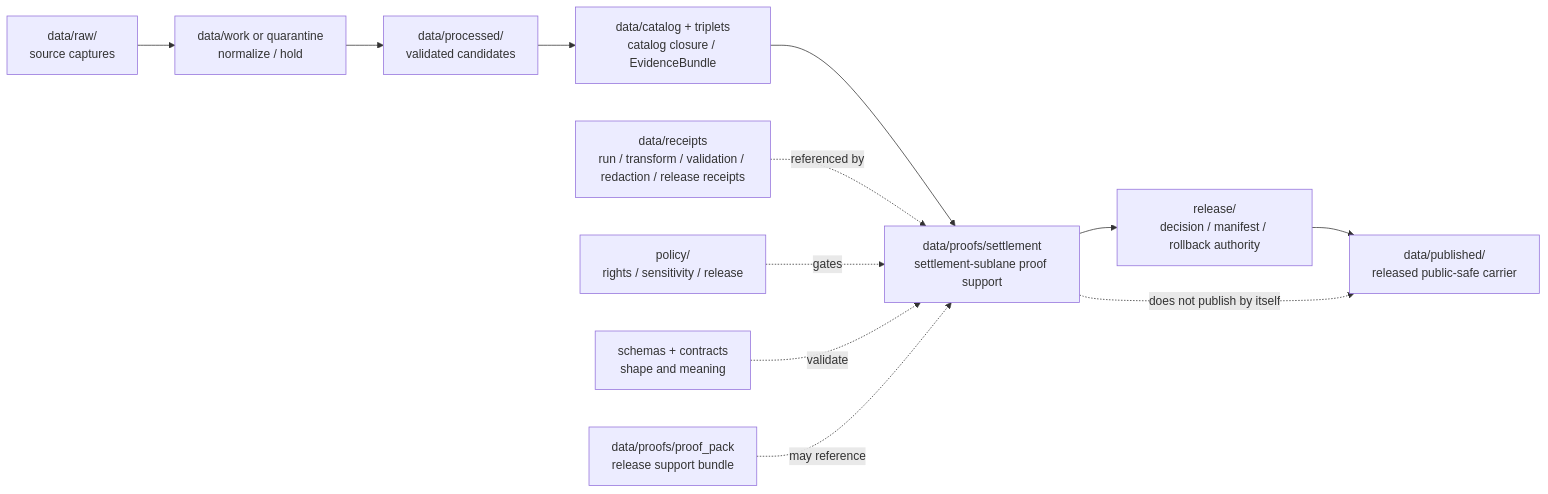
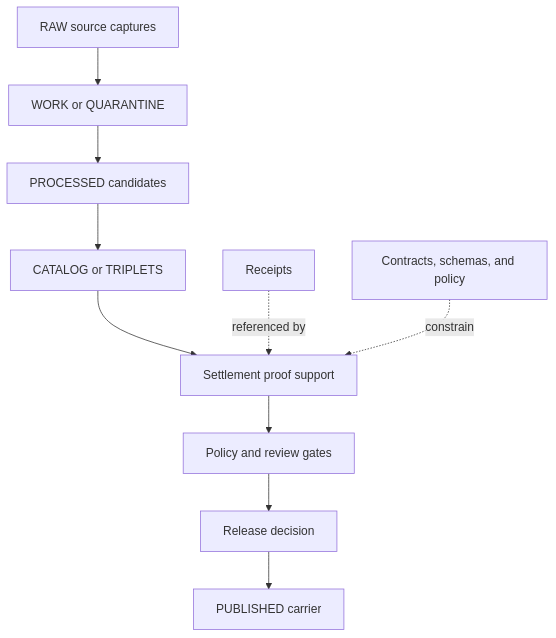
Before and after one commit to bartytime4life/Kansas-Frontier-Matrix: the diagram in data/proofs/settlement/README.md, drawn with Mermaid. The commit also changed other lines of this file, not shown here.

Commit message:
docs(proofs): modernize settlement proof README

````diff
--- a/data/proofs/settlement/README.md
+++ b/data/proofs/settlement/README.md
@@ -311,16 +385,13 @@
 ```mermaid
-flowchart LR
-  RAW["data/raw/<settlement lane><br/>source captures"] --> WORK["data/work or quarantine<br/>normalize / hold"]
-  WORK --> PROC["data/processed/<settlement lane><br/>validated candidates"]
-  PROC --> CAT["data/catalog + triplets<br/>catalog closure / EvidenceBundle"]
-  CAT --> PROOF["data/proofs/settlement<br/>settlement-sublane proof support"]
-  PROOF --> REL["release/<br/>decision / manifest / rollback authority"]
-  REL --> PUB["data/published/<br/>released public-safe carrier"]
+flowchart TD
+  RAW["RAW source captures"] --> WQ["WORK or QUARANTINE"]
+  WQ --> PROC["PROCESSED candidates"]
+  PROC --> CAT["CATALOG or TRIPLETS"]
+  CAT --> PROOF["Settlement proof support"]
+  PROOF --> REVIEW["Policy and review gates"]
+  REVIEW --> REL["Release decision"]
+  REL --> PUB["PUBLISHED carrier"]
 
-  REC["data/receipts<br/>run / transform / validation / redaction / release receipts"] -. referenced by .-> PROOF
-  POL["policy/<br/>rights / sensitivity / release"] -. gates .-> PROOF
-  SCH["schemas + contracts<br/>shape and meaning"] -. validate .-> PROOF
-  PP["data/proofs/proof_pack<br/>release support bundle"] -. may reference .-> PROOF
-
-  PROOF -. "does not publish by itself" .-> PUB
+  REC["Receipts"] -. "referenced by" .-> PROOF
+  AUTH["Contracts, schemas, and policy"] -. "constrain" .-> PROOF
 ```
````
